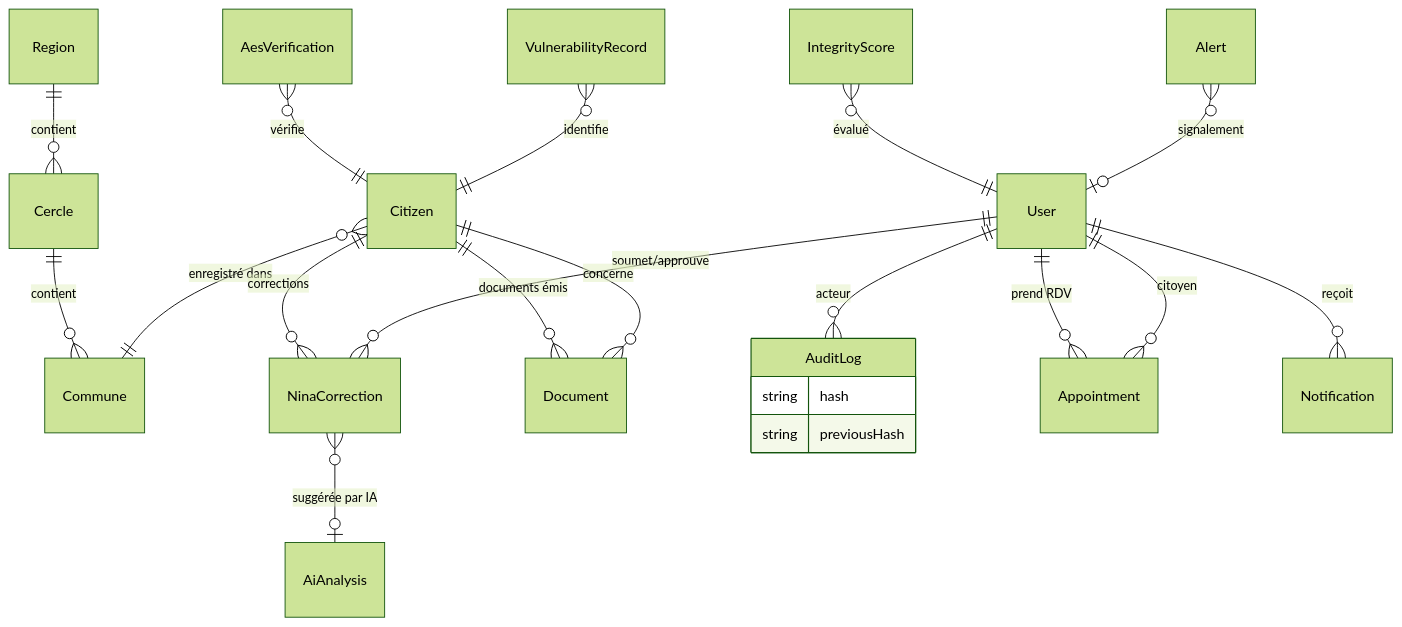
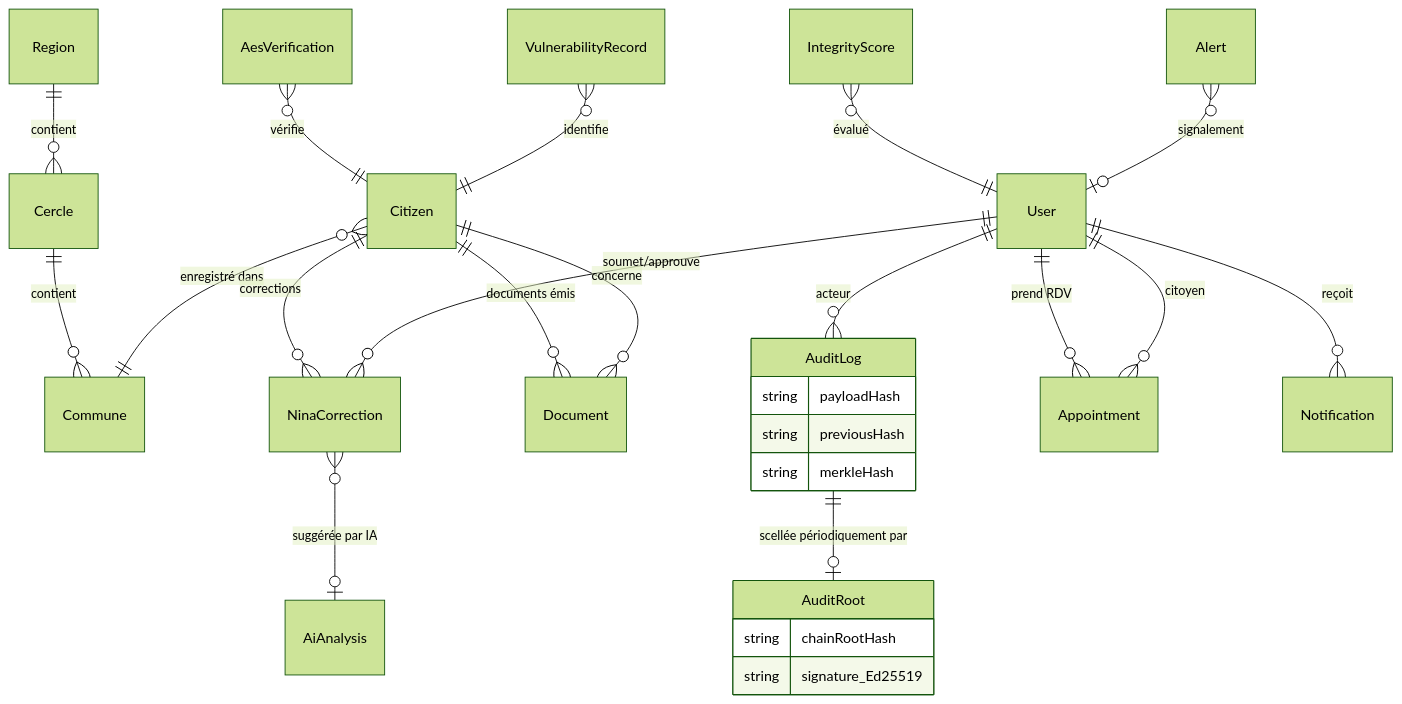
Before and after one commit to TheManInPink/Session-Ete-2026: the diagram in docs/06-DATABASE-SCHEMA-PRISMA.md, drawn with Mermaid (forest theme). The commit also changed other lines of this file and 8 other files, not shown here.

````diff
--- a/docs/06-DATABASE-SCHEMA-PRISMA.md
+++ b/docs/06-DATABASE-SCHEMA-PRISMA.md
@@ -99,42 +111,50 @@
 ```mermaid
 erDiagram
     %% ═══ GÉOGRAPHIE RAVEC ═══
     Region ||--o{ Cercle : "contient"
     Cercle ||--o{ Commune : "contient"
 
     %% ═══ IDENTITÉ NINA ═══
     Citizen }o--|| Commune : "enregistré dans"
     Citizen ||--o{ NinaCorrection : "corrections"
     Citizen ||--o{ Document : "documents émis"
 
     %% ═══ UTILISATEURS / AUTH ═══
     User ||--o{ NinaCorrection : "soumet/approuve"
     User ||--o{ AuditLog : "acteur"
     User ||--o{ Appointment : "prend RDV"
     User ||--o{ Notification : "reçoit"
 
     %% ═══ IA ═══
     NinaCorrection }o--o| AiAnalysis : "suggérée par IA"
 
-    %% ═══ AUDIT ═══
+    %% ═══ AUDIT (hash-chain SHA-256, PAS Merkle) ═══
     AuditLog {
-        string hash
+        string payloadHash
         string previousHash
+        string merkleHash
     }
+    AuditRoot {
+        string chainRootHash
+        string signature_Ed25519
+    }
+    AuditLog ||--o| AuditRoot : "scellée périodiquement par"
 
     %% ═══ DOCUMENTS ═══
     Document }o--|| Citizen : "concerne"
 
     %% ═══ AES INTEROP ═══
     AesVerification }o--|| Citizen : "vérifie"
 
     %% ═══ VULNÉRABILITÉ ═══
     VulnerabilityRecord }o--|| Citizen : "identifie"
 
     %% ═══ RENDEZ-VOUS ═══
     Appointment }o--|| User : "citoyen"
 
     %% ═══ ANTI-CORRUPTION ═══
+    %% NB : `Alert` est le nom CIBLE du doc ; le modèle réel est `CorruptionAlert`
+    %%      (table `corruption_alerts`). Mapping : Alert (doc) == CorruptionAlert (schema.prisma).
     IntegrityScore }o--|| User : "évalué"
     Alert }o--o| User : "signalement"
 ```
````
